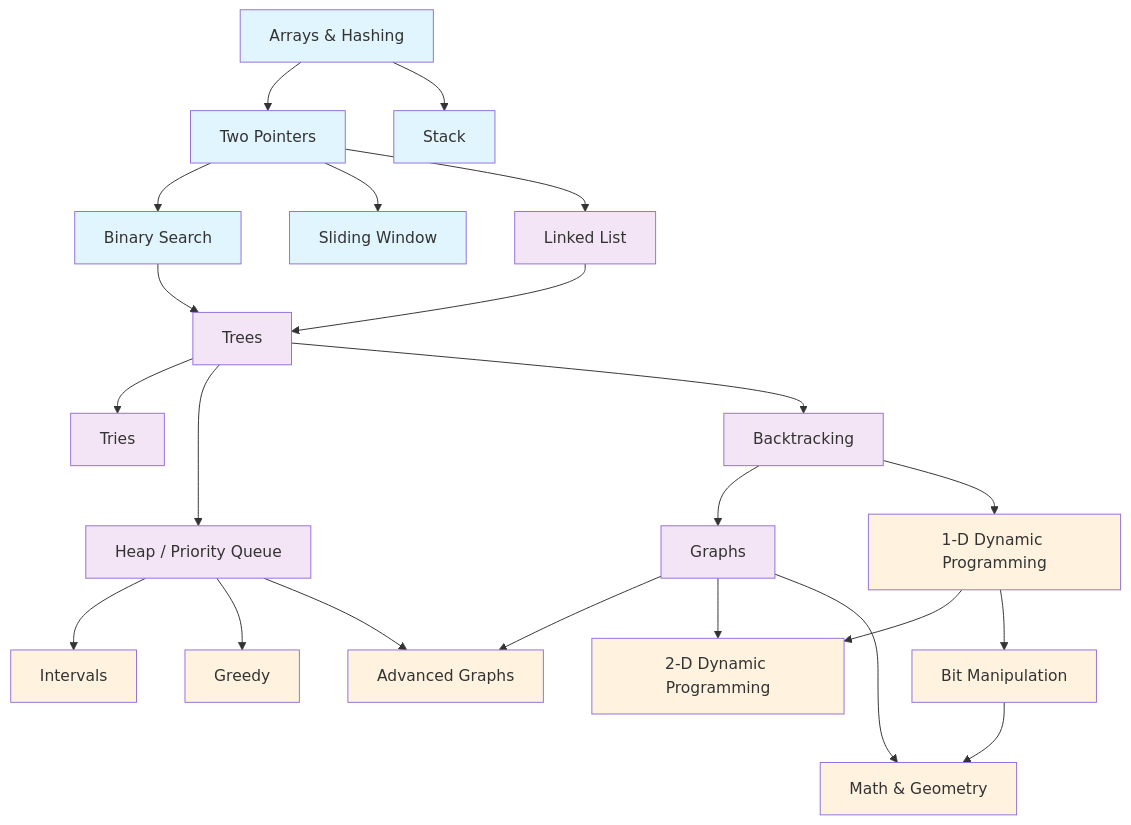
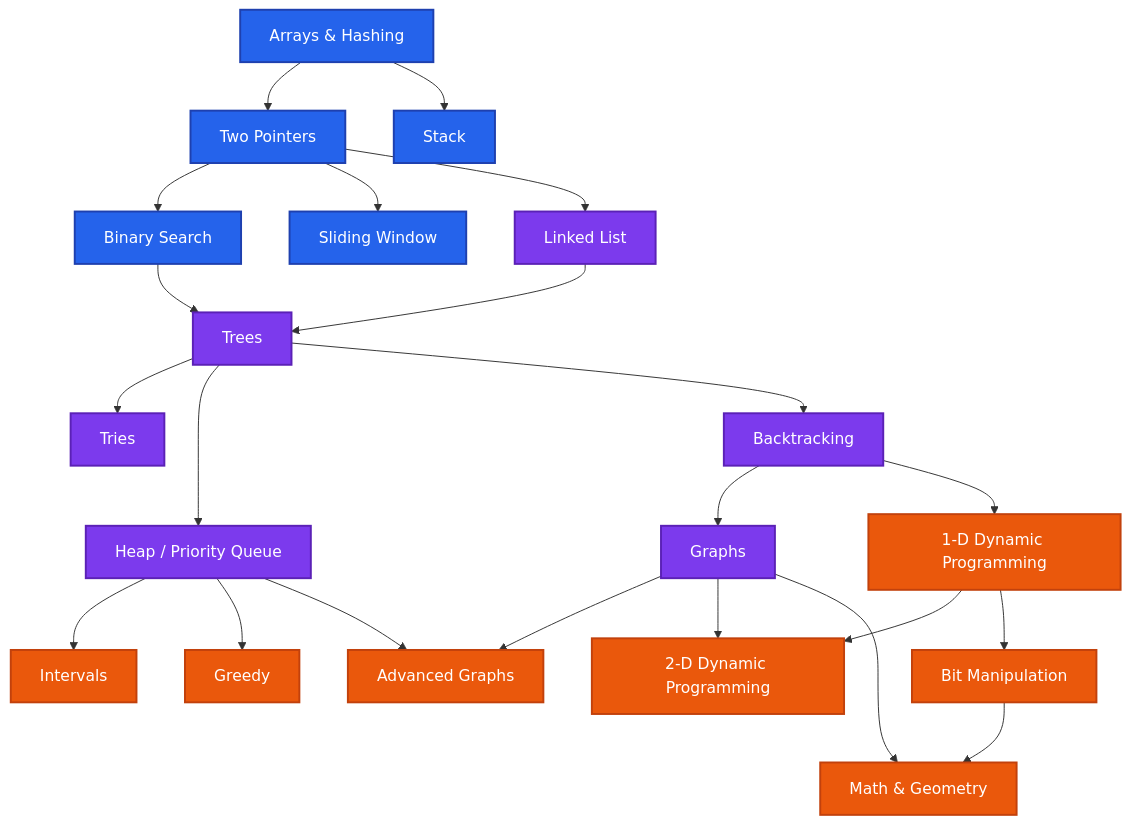
Before and after one commit to Arbelaezch/interview-prep: the diagram in README.md, drawn with Mermaid.

Commit message:
Updated neetcode roadmap colors

````diff
--- a/README.md
+++ b/README.md
@@ -61,40 +61,40 @@
 ```mermaid
 graph TD
     A["Arrays & Hashing"] --> B["Two Pointers"]
     A --> D["Stack"]
     
     B --> E["Binary Search"]
     B --> C["Sliding Window"]
     B --> F["Linked List"]
     
     E --> G["Trees"]
     F --> G
 
     G --> H["Tries"]
     G --> I["Heap / Priority Queue"]
     G --> J["Backtracking"]
     
     J --> K["Graphs"]
     J --> L["1-D Dynamic Programming"]
 
     I --> M["Intervals"]
     I --> N["Greedy"]
     I --> O["Advanced Graphs"]
 
     K --> O
     K --> P["2-D Dynamic Programming"]
 
     L --> P
     L --> Q["Bit Manipulation"]
 
     Q --> R["Math & Geometry"]
     K --> R
     
-    classDef foundational fill:#e1f5fe
-    classDef intermediate fill:#f3e5f5
-    classDef advanced fill:#fff3e0
+    classDef foundational fill:#2563eb,stroke:#1e40af,stroke-width:2px,color:#ffffff
+    classDef intermediate fill:#7c3aed,stroke:#5b21b6,stroke-width:2px,color:#ffffff
+    classDef advanced fill:#ea580c,stroke:#c2410c,stroke-width:2px,color:#ffffff
     
     class A,B,C,D,E foundational
     class F,G,H,I,J,K intermediate
     class L,M,N,O,P,Q,R advanced
 ```
````
